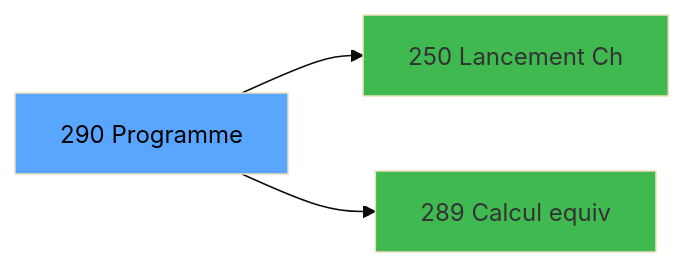
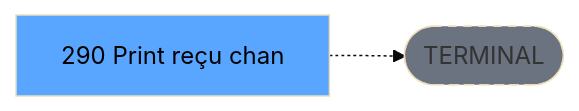
One commit to thonyAGP/lecteur-magic changed the third of 3 diagrams in .openspec/specs/ADH-IDE-290.md. Above: the diagram before and after it, drawn with Mermaid (base theme). The commit also changed other lines of this file and 701 other files, not shown here.

````diff
--- a/.openspec/specs/ADH-IDE-290.md
+++ b/.openspec/specs/ADH-IDE-290.md
@@ -148,11 +139,8 @@
 ```mermaid
 graph LR
-    T[290 Programme]
-    C250[250 Lancement Ch]
-    T --> C250
-    C289[289 Calcul equiv]
-    T --> C289
+    T[290 Print reçu chan]
+    TERM([TERMINAL])
+    T -.-> TERM
+    style TERM fill:#6b7280,stroke-dasharray: 5 5
     style T fill:#58a6ff,color:#000
-    style C250 fill:#3fb950
-    style C289 fill:#3fb950
 ```
````
